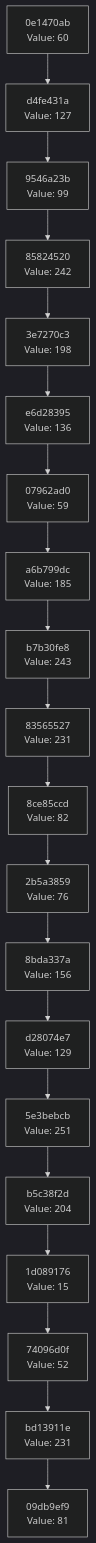
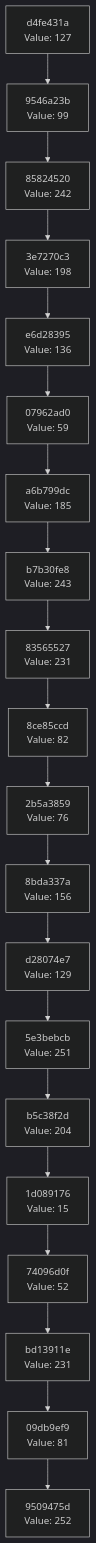
Before and after one commit to Abhisheksinha1506/hash-chain-evolver: the diagram in docs/CHAIN_VISUALIZATION.md, drawn with Mermaid (dark theme). The commit also changed 3 other files, not shown here.

````diff
--- a/docs/CHAIN_VISUALIZATION.md
+++ b/docs/CHAIN_VISUALIZATION.md
@@ -3,42 +3,42 @@
 ```mermaid
 graph TD
-    C0["09db9ef9<br/>Value: 81"]
-    C1["bd13911e<br/>Value: 231"]
+    C0["9509475d<br/>Value: 252"]
+    C1["09db9ef9<br/>Value: 81"]
     C1 --> C0
-    C2["74096d0f<br/>Value: 52"]
+    C2["bd13911e<br/>Value: 231"]
     C2 --> C1
-    C3["1d089176<br/>Value: 15"]
+    C3["74096d0f<br/>Value: 52"]
     C3 --> C2
-    C4["b5c38f2d<br/>Value: 204"]
+    C4["1d089176<br/>Value: 15"]
     C4 --> C3
-    C5["5e3bebcb<br/>Value: 251"]
+    C5["b5c38f2d<br/>Value: 204"]
     C5 --> C4
-    C6["d28074e7<br/>Value: 129"]
+    C6["5e3bebcb<br/>Value: 251"]
     C6 --> C5
-    C7["8bda337a<br/>Value: 156"]
+    C7["d28074e7<br/>Value: 129"]
     C7 --> C6
-    C8["2b5a3859<br/>Value: 76"]
+    C8["8bda337a<br/>Value: 156"]
     C8 --> C7
-    C9["8ce85ccd<br/>Value: 82"]
+    C9["2b5a3859<br/>Value: 76"]
     C9 --> C8
-    C10["83565527<br/>Value: 231"]
+    C10["8ce85ccd<br/>Value: 82"]
     C10 --> C9
-    C11["b7b30fe8<br/>Value: 243"]
+    C11["83565527<br/>Value: 231"]
     C11 --> C10
-    C12["a6b799dc<br/>Value: 185"]
+    C12["b7b30fe8<br/>Value: 243"]
     C12 --> C11
-    C13["07962ad0<br/>Value: 59"]
+    C13["a6b799dc<br/>Value: 185"]
     C13 --> C12
-    C14["e6d28395<br/>Value: 136"]
+    C14["07962ad0<br/>Value: 59"]
     C14 --> C13
-    C15["3e7270c3<br/>Value: 198"]
+    C15["e6d28395<br/>Value: 136"]
     C15 --> C14
-    C16["85824520<br/>Value: 242"]
+    C16["3e7270c3<br/>Value: 198"]
     C16 --> C15
-    C17["9546a23b<br/>Value: 99"]
+    C17["85824520<br/>Value: 242"]
     C17 --> C16
-    C18["d4fe431a<br/>Value: 127"]
+    C18["9546a23b<br/>Value: 99"]
     C18 --> C17
-    C19["0e1470ab<br/>Value: 60"]
+    C19["d4fe431a<br/>Value: 127"]
     C19 --> C18
 ```
````
